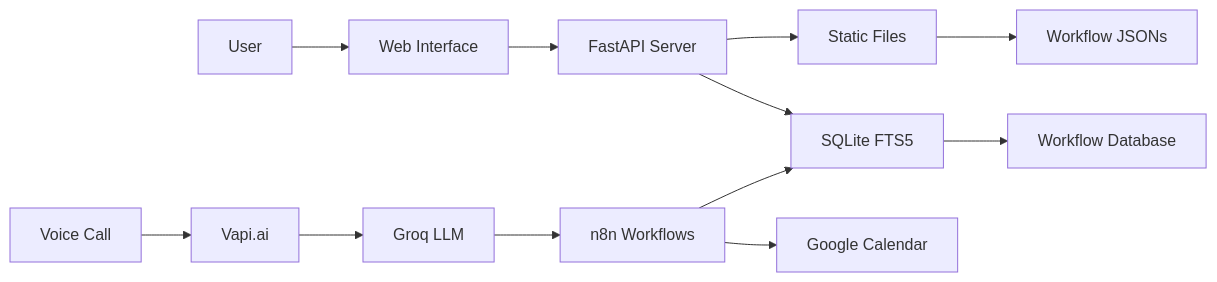
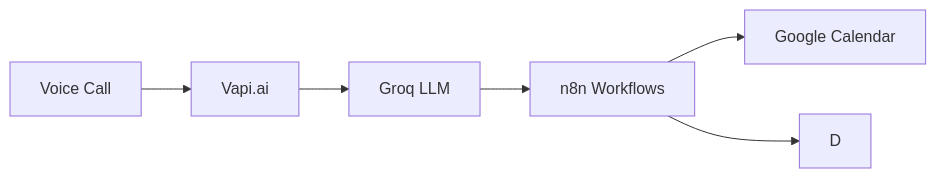
Before and after one commit to lovey7768/voice-ai-receptionist-n8n: the diagram in README.md, drawn with Mermaid.

Commit message:
Update data flow architecture diagram in README
Removed outdated data flow components from the diagram.

````diff
--- a/README.md
+++ b/README.md
@@ -118,14 +118,9 @@
 ```mermaid
 graph LR
-    A[User] --> B[Web Interface]
-    B --> C[FastAPI Server]
-    C --> D[SQLite FTS5]
-    D --> E[Workflow Database]
-    C --> F[Static Files]
-    F --> G[Workflow JSONs]
+  
     A2[Voice Call] --> H[Vapi.ai]
     H --> I[Groq LLM]
     I --> J[n8n Workflows]
     J --> K[Google Calendar]
     J --> D
 ```
````
